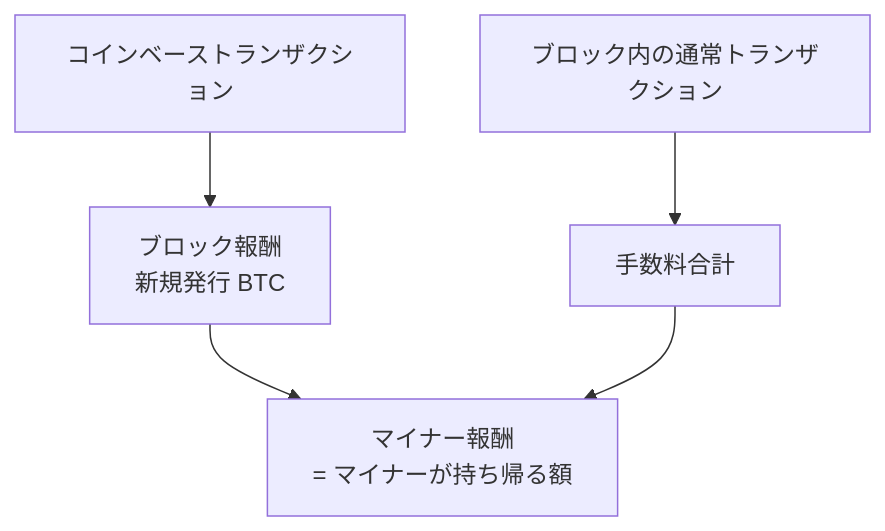
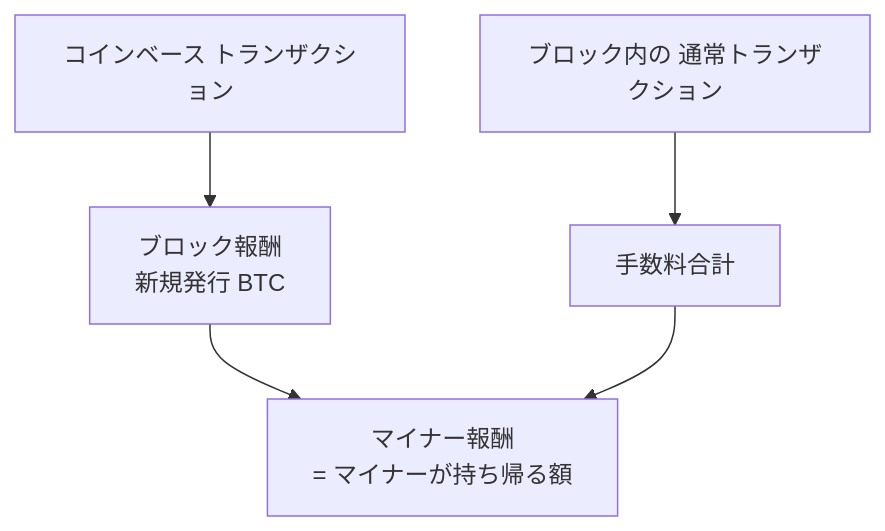
One commit to cypher256/BitcoinArchive changed the seventh of 10 diagrams in src/data/translations/ja/analysis/2026-05-23-how-bitcoin-works-visual-glossary.md. Above: the diagram before and after it, drawn with Mermaid. The commit also changed other lines of this file and 20 other files, not shown here.

````diff
--- a/src/data/translations/ja/analysis/2026-05-23-how-bitcoin-works-visual-glossary.md
+++ b/src/data/translations/ja/analysis/2026-05-23-how-bitcoin-works-visual-glossary.md
@@ -223,7 +225,7 @@
 ```mermaid
 flowchart TD
-  CB[コインベーストランザクション] --> BR[ブロック報酬<br/>新規発行 BTC]
-  TXS[ブロック内の通常トランザクション] --> FEES[手数料合計]
-  BR --> MR[マイナー報酬<br/>= マイナーが持ち帰る額]
+  CB[コインベース トランザクション] --> BR[ブロック報酬 <br/> 新規発行 BTC]
+  TXS[ブロック内の 通常トランザクション] --> FEES[手数料合計]
+  BR --> MR[マイナー報酬 <br/> = マイナーが持ち帰る額]
   FEES --> MR
 ```
````
